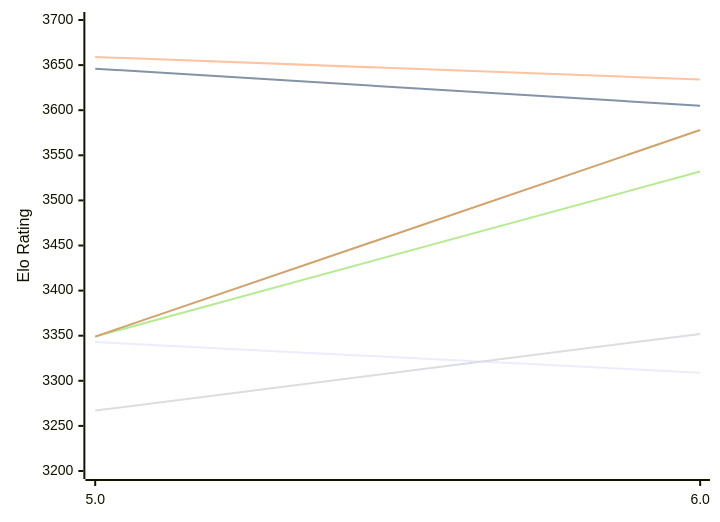
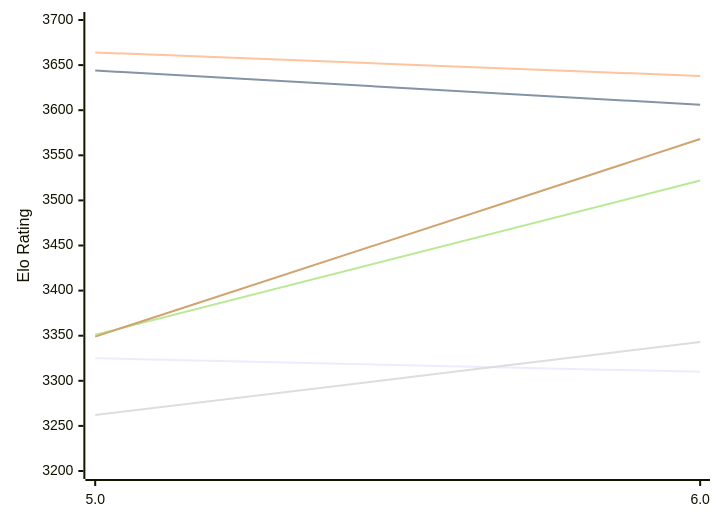
Before and after one commit to computer-chess-index/cci: the first of 2 diagrams in engines/Tarnished.md, drawn with Mermaid. The commit also changed other lines of this file, not shown here.

Commit message:
Update CCI Ratings (ELO VLTC) - 2026-11-15

````diff
--- a/engines/Tarnished.md
+++ b/engines/Tarnished.md
@@ -51,12 +51,12 @@
 ```mermaid
 %%{init: {"theme":"base","themeVariables":{"seriesColors:['#a3a3a3','#222221','#faa371']}}}%%
 xychart-beta
   x-axis ["5.0", "6.0"]
   y-axis "Elo Rating" 3200 --> 3700
-  line "E1: STC (8.0+0.08s)" [3343, 3309]
-  line "E1: LTC (60.0+0.60s)" [3646, 3605]
-  line "E1: VLTC (2m24s+1.12s)" [3659, 3634]
-  line "P1: STC (8.0+0.08s)" [3267, 3352]
-  line "P1: LTC (60.0+0.60s)" [3349, 3532]
-  line "P1: VLTC (2m24s+1.12s)" [3349, 3578]
+  line "E1: STC (8.0+0.08s)" [3325, 3310]
+  line "E1: LTC (60.0+0.60s)" [3644, 3606]
+  line "E1: VLTC (2m24s+1.12s)" [3664, 3638]
+  line "P1: STC (8.0+0.08s)" [3262, 3343]
+  line "P1: LTC (60.0+0.60s)" [3351, 3522]
+  line "P1: VLTC (2m24s+1.12s)" [3349, 3568]
 ```
````
